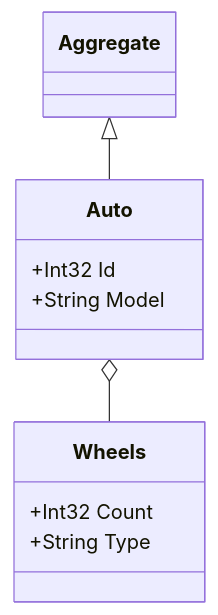
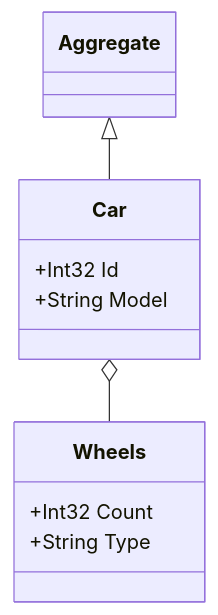
One commit to jespervandijk/mermaid-class-diagram-generator changed the diagram in docs/aggregates-inheritance-example.md. Above: the diagram before and after it, drawn with Mermaid. The commit also changed other lines of this file, not shown here.

````diff
--- a/docs/aggregates-inheritance-example.md
+++ b/docs/aggregates-inheritance-example.md
@@ -42,15 +43,17 @@
 ```mermaid
 classDiagram
-class Auto{
+class Car{
   +Int32 Id
   +String Model
 }
 
 class Wheels{
   +Int32 Count
   +String Type
 }
 
-`Aggregate<T>` <|-- Auto
-Auto o-- Wheels
+class `Aggregate<T>`
+
+Car o-- Wheels
+`Aggregate<T>` <|-- Car
 ```
````
